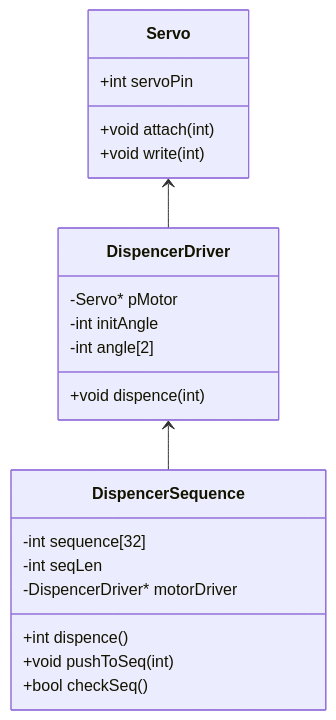
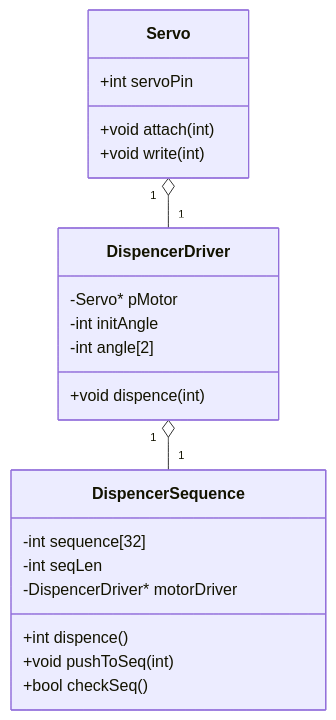
The diagram in diagrams/UML/disp_classes.mermaid (prenaissance/pbl_iot_team6), drawn with Mermaid before and after one commit.

```diff
--- a/diagrams/UML/disp_classes.mermaid
+++ b/diagrams/UML/disp_classes.mermaid
@@ -1,29 +1,29 @@
 classDiagram
 
-Servo <-- DispencerDriver
-DispencerDriver <-- DispencerSequence
+Servo "1" o-- "1" DispencerDriver
+DispencerDriver "1" o-- "1" DispencerSequence
 
 class DispencerDriver {
     -Servo* pMotor
     -int initAngle
     -int angle[2]
 
     +void dispence(int)
 }
 
 class DispencerSequence{
     -int sequence[32]
     -int seqLen
     -DispencerDriver* motorDriver
 
     +int dispence()
     +void pushToSeq(int)
     +bool checkSeq()
 }
 
 class Servo{
     +int servoPin
 
     +void attach(int)
     +void write(int)
 }
```
